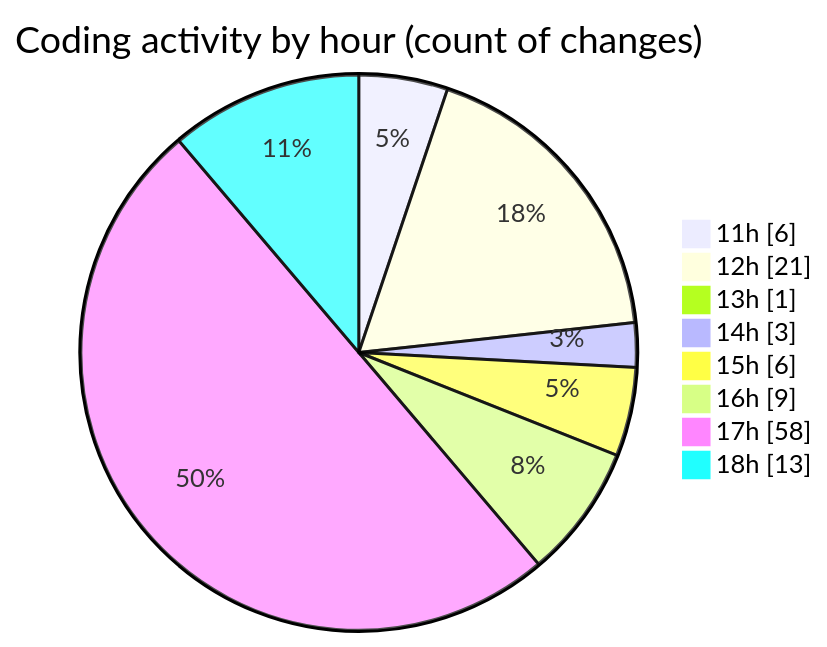
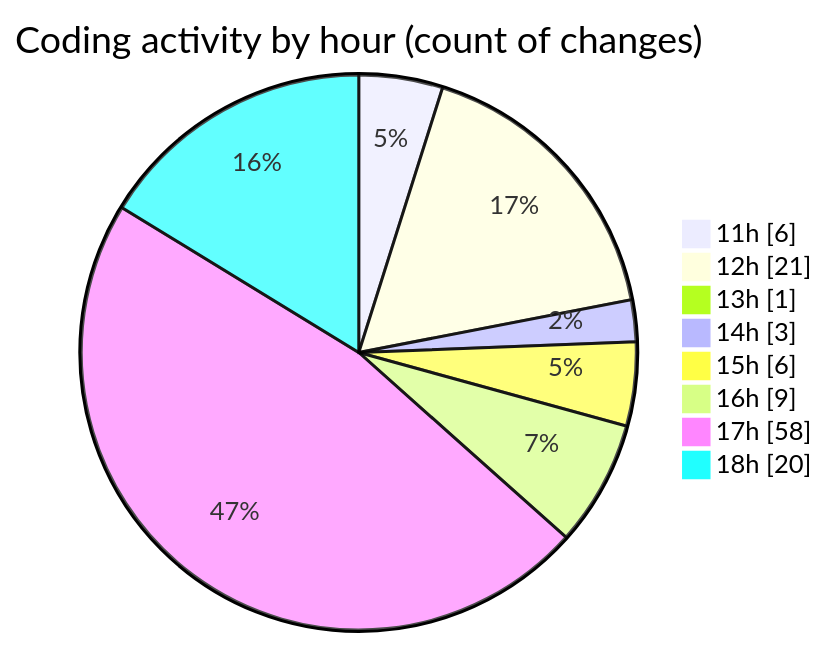
One commit to nxtqubesakshisongat/code-tracking changed the second of 2 diagrams in 2025-04-16/nxtqube_webapp/README.md. Above: the diagram before and after it, drawn with Mermaid. The commit also changed other lines of this file and 1 other file, not shown here.

````diff
--- a/2025-04-16/nxtqube_webapp/README.md
+++ b/2025-04-16/nxtqube_webapp/README.md
@@ -34,12 +34,12 @@
 ```mermaid
 pie showData
 title Coding activity by hour (count of changes)
 "11h" : 6
 "12h" : 21
 "13h" : 1
 "14h" : 3
 "15h" : 6
 "16h" : 9
 "17h" : 58
-"18h" : 13
+"18h" : 20
 ```
````
